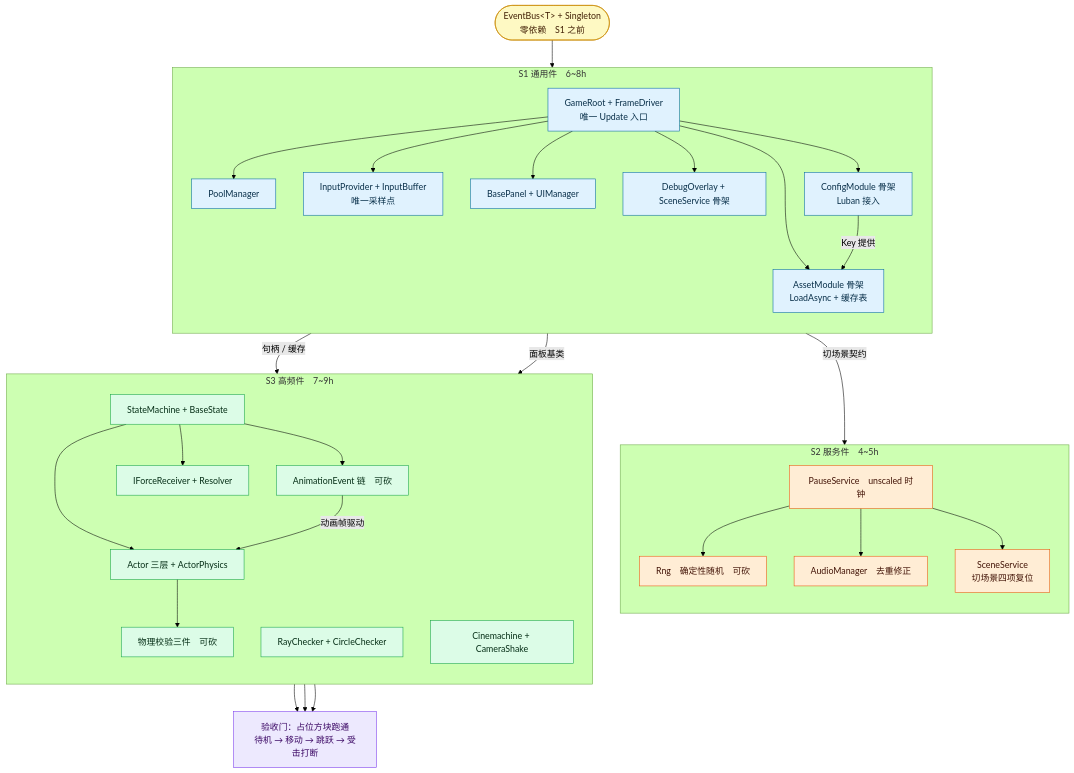
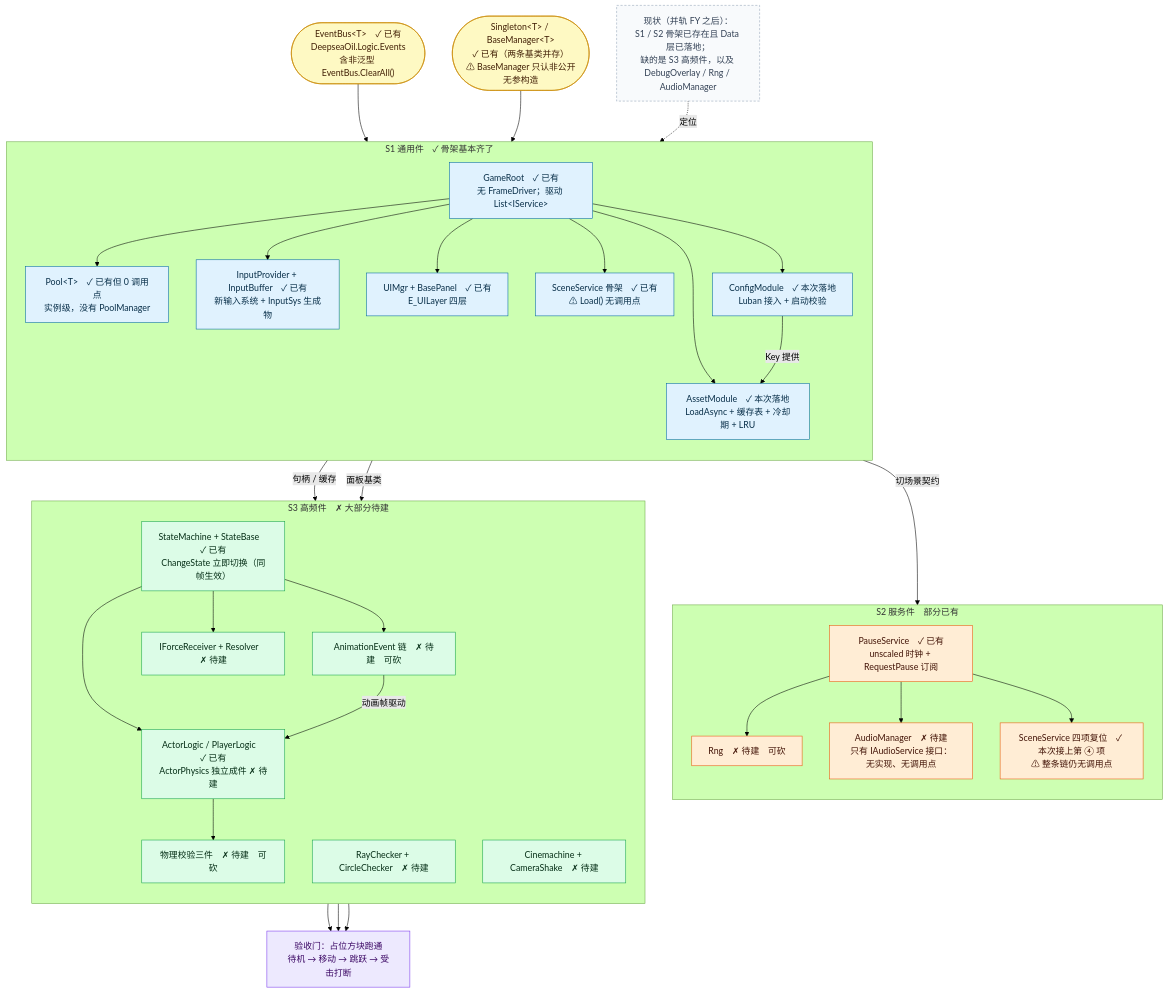
The seventh of 8 diagrams in Docs/框架设计/框架蓝图.md (5FYZhou/deepseaoil), drawn with Mermaid (forest theme) before and after one commit. The commit also changed other lines of this file and 7 other files, not shown here.

First line of the commit message:
docs(framework): 蓝图并入上游逻辑层事实；新增 §15 现状 / §16 缺陷登记；图源与图块同步

````diff
--- a/Docs/框架设计/框架蓝图.md
+++ b/Docs/框架设计/框架蓝图.md
@@ -522,72 +634,78 @@
 ```mermaid
 flowchart TD
-  Bus(["EventBus&lt;T&gt; + Singleton<br/>零依赖　S1 之前"])
+  Bus(["EventBus&lt;T&gt;　✓ 已有<br/>DeepseaOil.Logic.Events<br/>含非泛型 EventBus.ClearAll()"])
+  Sing(["Singleton&lt;T&gt; / BaseManager&lt;T&gt;<br/>✓ 已有（两条基类并存）<br/>⚠ BaseManager 只认非公开无参构造"])
 
-  subgraph S1["S1 通用件　6~8h"]
+  subgraph S1["S1 通用件　✓ 骨架基本齐了"]
     direction TB
-    S1In["GameRoot + FrameDriver<br/>唯一 Update 入口"]
-    S1a["PoolManager"]
-    S1b["InputProvider + InputBuffer<br/>唯一采样点"]
-    S1c["BasePanel + UIManager"]
-    S1d["DebugOverlay + SceneService 骨架"]
-    S1e["ConfigModule 骨架<br/>Luban 接入"]
-    S1f["AssetModule 骨架<br/>LoadAsync + 缓存表"]
+    S1In["GameRoot　✓ 已有<br/>无 FrameDriver；驱动 List&lt;IService&gt;"]
+    S1a["Pool&lt;T&gt;　✓ 已有但 0 调用点<br/>实例级，没有 PoolManager"]
+    S1b["InputProvider + InputBuffer　✓ 已有<br/>新输入系统 + InputSys 生成物"]
+    S1c["UIMgr + BasePanel　✓ 已有<br/>E_UILayer 四层"]
+    S1d["SceneService 骨架　✓ 已有<br/>⚠ Load() 无调用点"]
+    S1e["ConfigModule　✓ 本次落地<br/>Luban 接入 + 启动校验"]
+    S1f["AssetModule　✓ 本次落地<br/>LoadAsync + 缓存表 + 冷却期 + LRU"]
     S1In --> S1a
     S1In --> S1b
     S1In --> S1c
     S1In --> S1d
     S1In --> S1e
     S1In --> S1f
   end
 
-  subgraph S2["S2 服务件　4~5h"]
+  subgraph S2["S2 服务件　部分已有"]
     direction TB
-    S2In["PauseService　unscaled 时钟"]
-    S2a["Rng　确定性随机　可砍"]
-    S2b["AudioManager　去重修正"]
-    S2c["SceneService<br/>切场景四项复位"]
+    S2In["PauseService　✓ 已有<br/>unscaled 时钟 + RequestPause 订阅"]
+    S2a["Rng　✗ 待建　可砍"]
+    S2b["AudioManager　✗ 待建<br/>只有 IAudioService 接口：无实现、无调用点"]
+    S2c["SceneService 四项复位　✓ 本次接上第 ④ 项<br/>⚠ 整条链仍无调用点"]
     S2In --> S2a
     S2In --> S2b
     S2In --> S2c
   end
 
-  subgraph S3["S3 高频件　7~9h"]
+  subgraph S3["S3 高频件　✗ 大部分待建"]
     direction TB
-    S3In["StateMachine + BaseState"]
-    S3a["AnimationEvent 链　可砍"]
-    S3b["Actor 三层 + ActorPhysics"]
-    S3c["IForceReceiver + Resolver"]
+    S3In["StateMachine + StateBase　✓ 已有<br/>ChangeState 立即切换（同帧生效）"]
+    S3a["AnimationEvent 链　✗ 待建　可砍"]
+    S3b["ActorLogic / PlayerLogic　✓ 已有<br/>ActorPhysics 独立成件 ✗ 待建"]
+    S3c["IForceReceiver + Resolver　✗ 待建"]
     S3In --> S3a
     S3In --> S3b
     S3In --> S3c
 
-    S3x["RayChecker + CircleChecker"]
-    S3y["Cinemachine + CameraShake"]
-    S3z["物理校验三件　可砍"]
+    S3x["RayChecker + CircleChecker　✗ 待建"]
+    S3y["Cinemachine + CameraShake　✗ 待建"]
+    S3z["物理校验三件　✗ 待建　可砍"]
   end
 
   Gate["验收门：占位方块跑通<br/>待机 → 移动 → 跳跃 → 受击打断"]
+  Now["现状（并轨 FY 之后）：<br/>S1 / S2 骨架已存在且 Data 层已落地；<br/>缺的是 S3 高频件，以及 DebugOverlay / Rng / AudioManager"]
 
   Bus --> S1In
+  Sing --> S1In
   S1e -->|"Key 提供"| S1f
   S1f -->|"句柄 / 缓存"| S3b
   S1d -->|"切场景契约"| S2c
   S1c -->|"面板基类"| S3In
   S3a -->|"动画帧驱动"| S3b
   S3b --> S3z
   S3b --> Gate
   S3c --> Gate
   S3z --> Gate
+  Now -.->|"定位"| S1In
 
   classDef base fill:#fef9c3,stroke:#ca8a04,color:#422006
   classDef s1 fill:#e0f2fe,stroke:#0369a1,color:#082f49
   classDef s2 fill:#ffedd5,stroke:#ea580c,color:#431407
   classDef s3 fill:#dcfce7,stroke:#16a34a,color:#052e16
   classDef gate fill:#ede9fe,stroke:#7c3aed,color:#3b0764
+  classDef note fill:#f8fafc,stroke:#94a3b8,color:#334155,stroke-dasharray:4 3
 
-  class Bus base
+  class Bus,Sing base
   class S1In,S1a,S1b,S1c,S1d,S1e,S1f s1
   class S2In,S2a,S2b,S2c s2
   class S3In,S3a,S3b,S3c,S3x,S3y,S3z s3
   class Gate gate
+  class Now note
 ```
````
